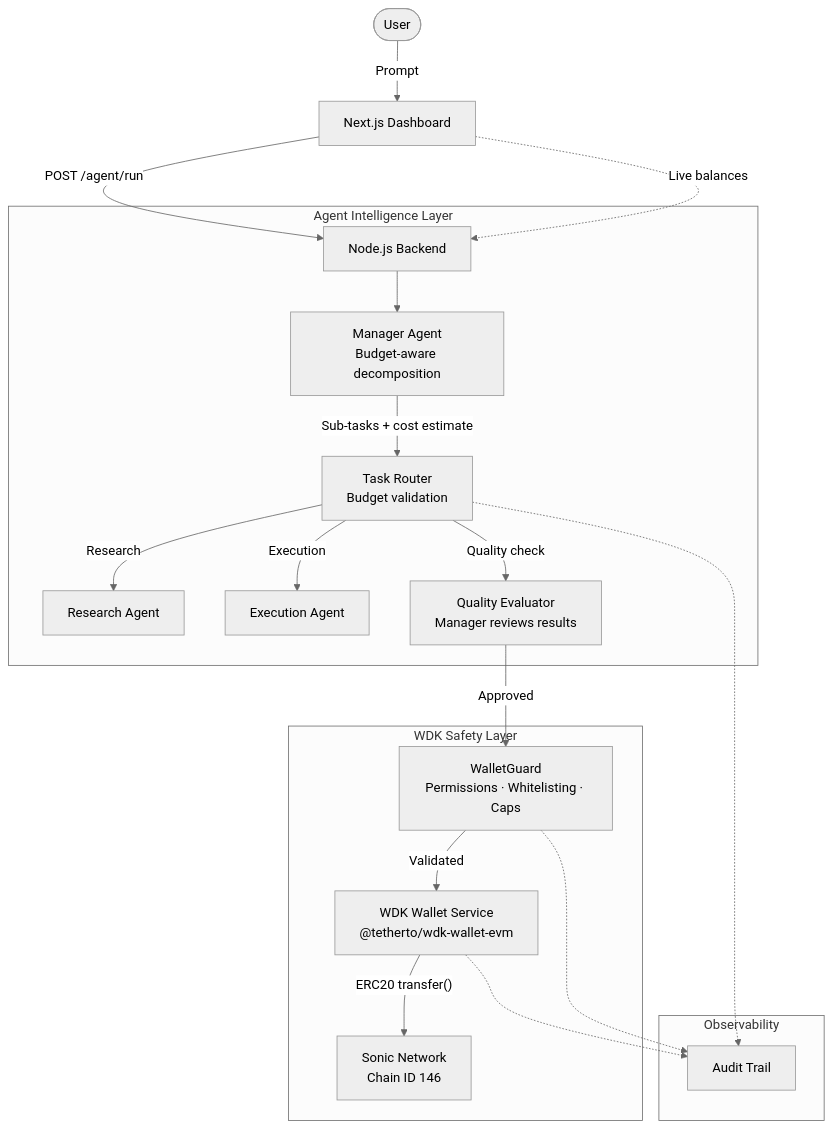
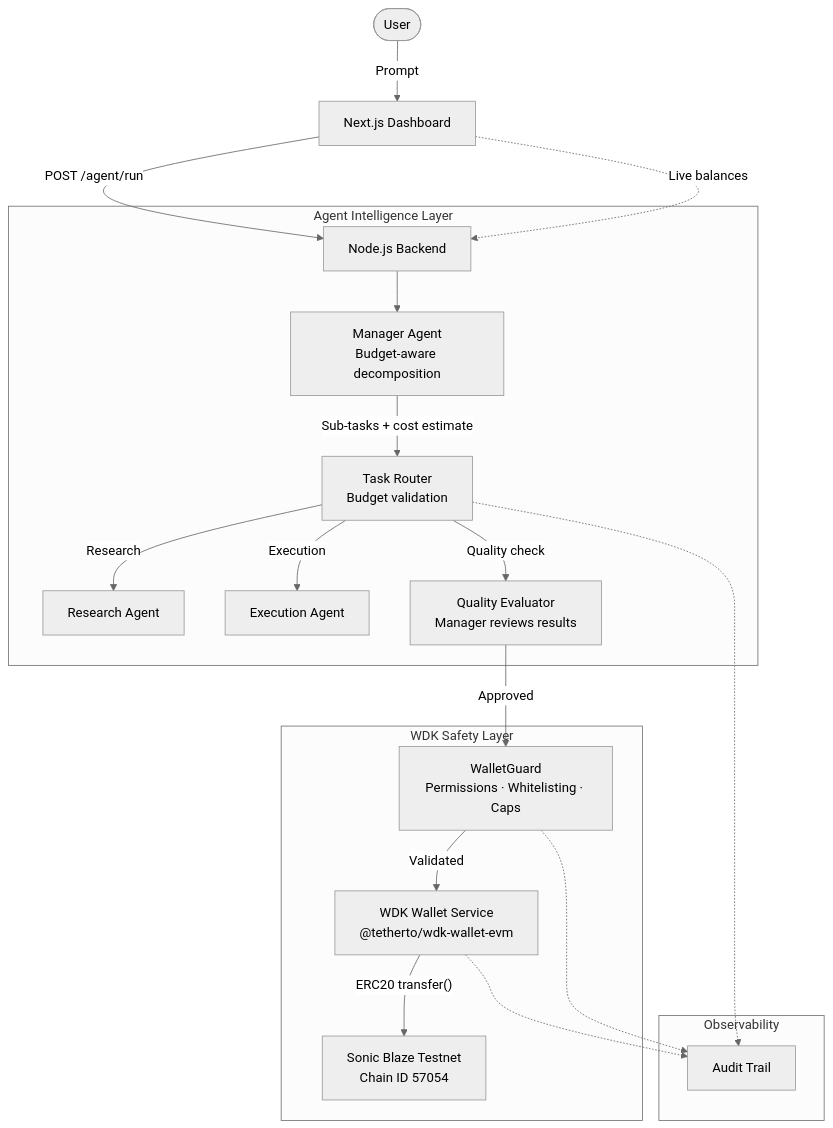
Before and after one commit to shalin0000007/Galactia_hackathon: the diagram in README.md, drawn with Mermaid (neutral theme). The commit also changed other lines of this file, not shown here.

Commit message:
Update README to accurately reflect Sonic Testnet and DeFi features

````diff
--- a/README.md
+++ b/README.md
@@ -26,27 +26,27 @@
 ```mermaid
 graph TD
     User([User]) -->|Prompt| Dashboard[Next.js Dashboard]
     Dashboard -->|POST /agent/run| Backend[Node.js Backend]
 
     subgraph "Agent Intelligence Layer"
         Backend --> Manager[Manager Agent<br/>Budget-aware decomposition]
         Manager -->|Sub-tasks + cost estimate| Router[Task Router<br/>Budget validation]
         Router -->|Research| Research[Research Agent]
         Router -->|Execution| Execution[Execution Agent]
         Router -->|Quality check| QualityGate[Quality Evaluator<br/>Manager reviews results]
     end
 
     subgraph "WDK Safety Layer"
         QualityGate -->|Approved| Guard["WalletGuard<br/>Permissions · Whitelisting · Caps"]
         Guard -->|Validated| WDK["WDK Wallet Service<br/>@tetherto/wdk-wallet-evm"]
-        WDK -->|"ERC20 transfer()"| Sonic["Sonic Network<br/>Chain ID 146"]
+        WDK -->|"ERC20 transfer()"| Sonic["Sonic Blaze Testnet<br/>Chain ID 57054"]
     end
 
     subgraph "Observability"
         Router -.-> AuditLog[Audit Trail]
         Guard -.-> AuditLog
         WDK -.-> AuditLog
     end
 
     Dashboard -.->|Live balances| Backend
 ```
````
